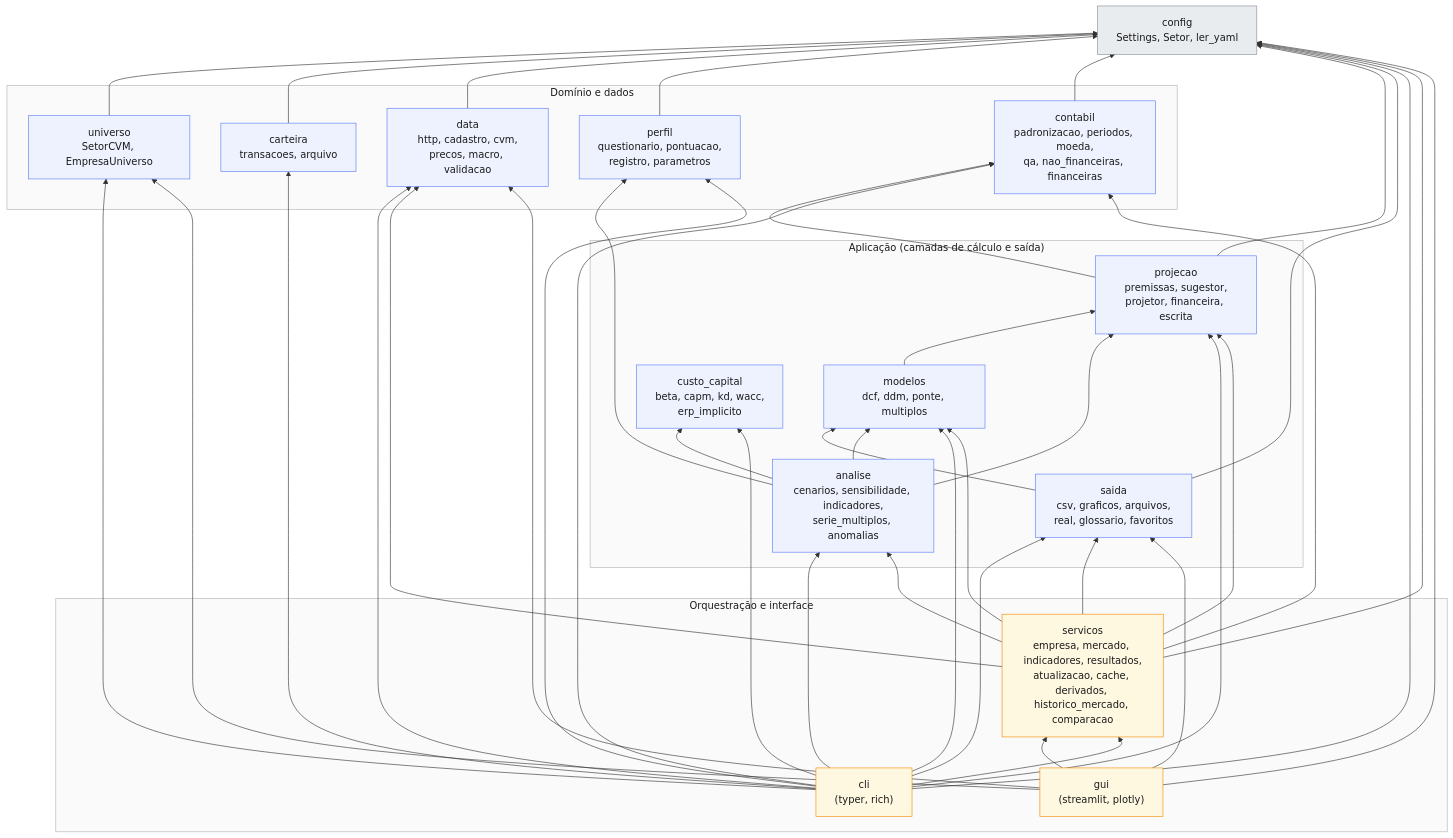
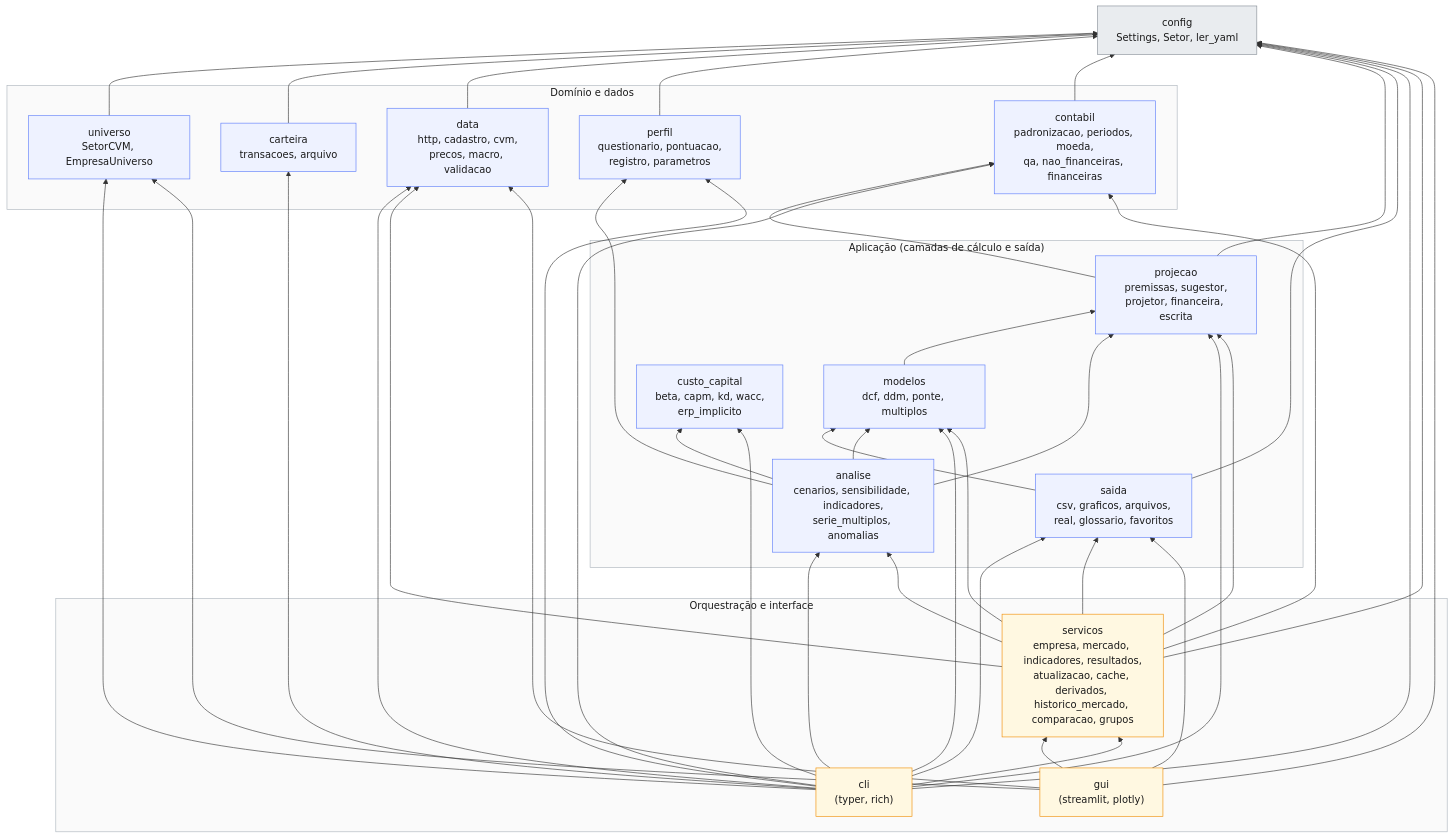
The first of 3 diagrams in docs/diagrama_arquitetura.md (luiz2801/lastro), drawn with Mermaid before and after one commit. The commit also changed 22 other files, not shown here.

````diff
--- a/docs/diagrama_arquitetura.md
+++ b/docs/diagrama_arquitetura.md
@@ -11,50 +11,50 @@
 ```mermaid
 flowchart BT
     subgraph ORQ["Orquestração e interface"]
         cli["cli<br/>(typer, rich)"]
         gui["gui<br/>(streamlit, plotly)"]
-        servicos["servicos<br/>empresa, mercado, indicadores, resultados,<br/>atualizacao, cache, derivados, historico_mercado, comparacao"]
+        servicos["servicos<br/>empresa, mercado, indicadores, resultados,<br/>atualizacao, cache, derivados, historico_mercado, comparacao, grupos"]
     end
 
     subgraph APL["Aplicação (camadas de cálculo e saída)"]
         saida["saida<br/>csv, graficos, arquivos,<br/>real, glossario, favoritos"]
         analise["analise<br/>cenarios, sensibilidade, indicadores,<br/>serie_multiplos, anomalias"]
         modelos["modelos<br/>dcf, ddm, ponte, multiplos"]
         projecao["projecao<br/>premissas, sugestor,<br/>projetor, financeira, escrita"]
         custo["custo_capital<br/>beta, capm, kd, wacc,<br/>erp_implicito"]
     end
 
     subgraph DOM["Domínio e dados"]
         contabil["contabil<br/>padronizacao, periodos, moeda,<br/>qa, nao_financeiras, financeiras"]
         perfil["perfil<br/>questionario, pontuacao,<br/>registro, parametros"]
         data["data<br/>http, cadastro, cvm,<br/>precos, macro, validacao"]
         carteira["carteira<br/>transacoes, arquivo"]
         universo["universo<br/>SetorCVM, EmpresaUniverso"]
     end
 
     config["config<br/>Settings, Setor, ler_yaml"]
 
     cli --> servicos
     gui --> servicos & saida & data & universo & config
     servicos --> saida & analise & modelos & contabil & data & projecao & config
     cli --> saida & analise & modelos & projecao & custo & contabil & perfil & data & carteira & universo & config
     analise --> modelos & projecao & custo & perfil
     saida --> modelos & config
     modelos --> projecao
     projecao --> contabil & config
     contabil --> config
     perfil --> config
     data --> config
     carteira --> config
     universo --> config
 
     classDef pacote fill:#eef2ff,stroke:#5c7cfa,color:#1a1a1a
     classDef base fill:#e9ecef,stroke:#868e96,color:#1a1a1a
     classDef topo fill:#fff8e1,stroke:#f08c00,color:#1a1a1a
     class saida,analise,modelos,projecao,custo,contabil,perfil,data,carteira,universo pacote
     class config base
     class cli,gui,servicos topo
     style ORQ fill:#fafafa,stroke:#adb5bd,color:#1a1a1a
     style APL fill:#fafafa,stroke:#adb5bd,color:#1a1a1a
     style DOM fill:#fafafa,stroke:#adb5bd,color:#1a1a1a
 ```
````
